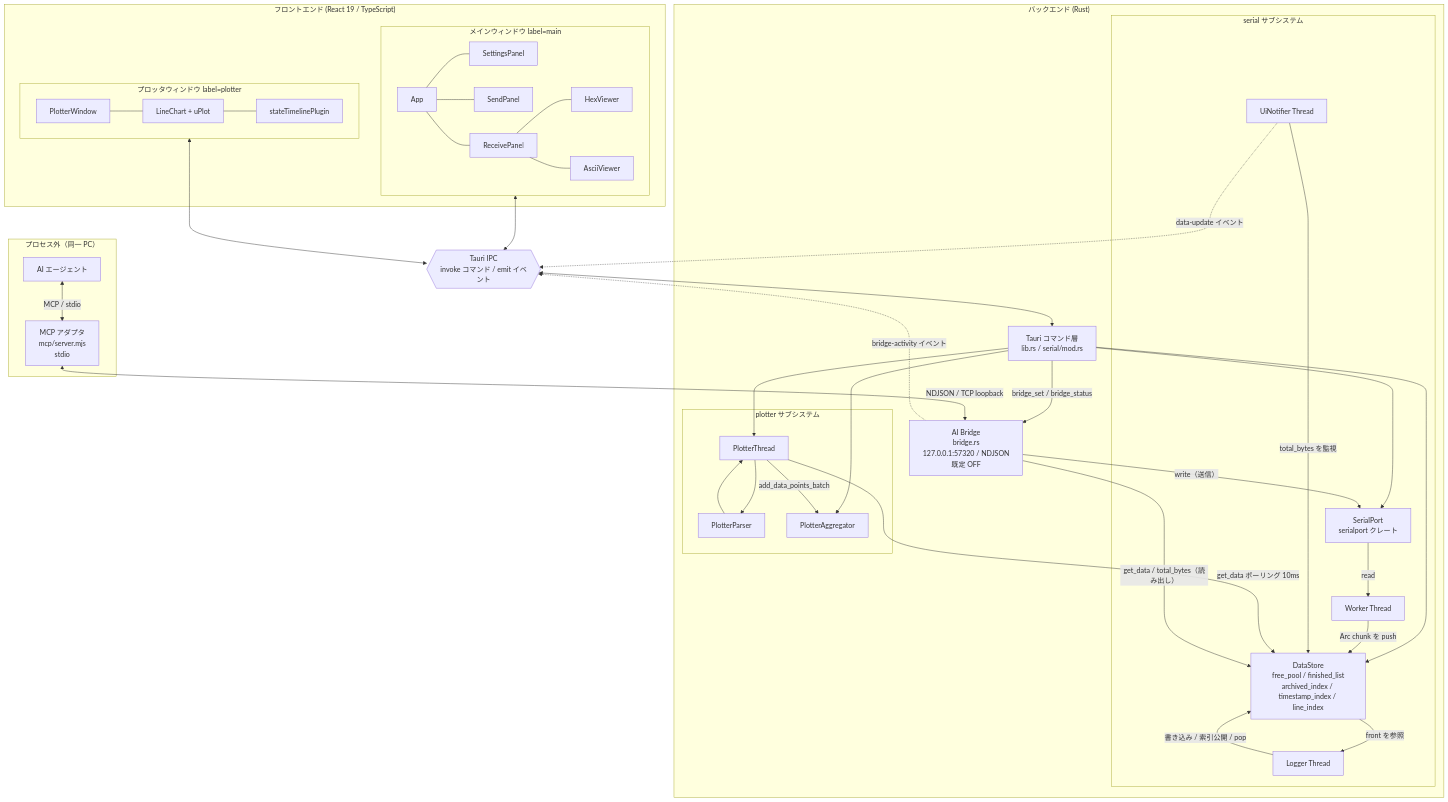
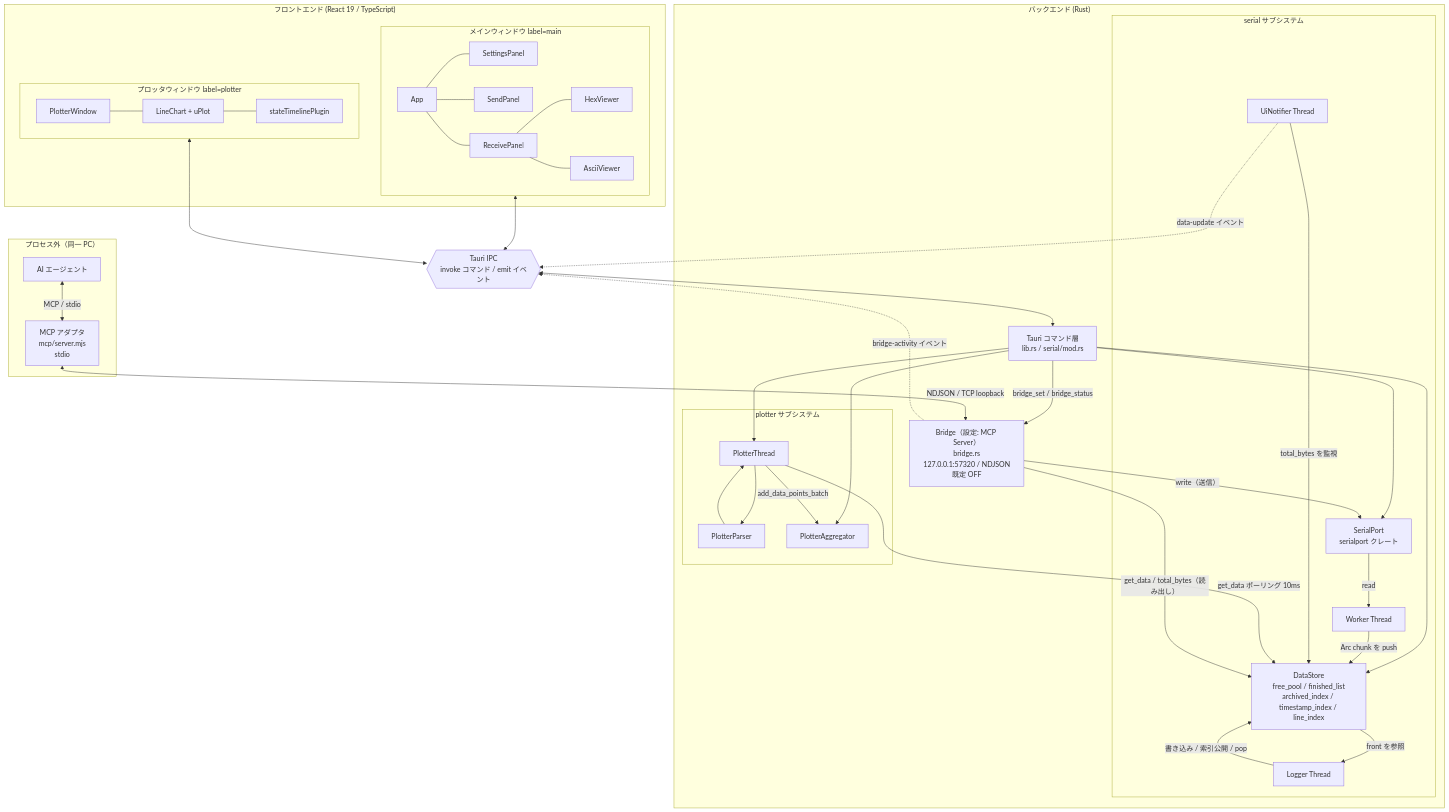
One commit to 771-8bit/SerialMonitorEssential changed the second of 12 diagrams in docs/22_architecture_description.md. Above: the diagram before and after it, drawn with Mermaid. The commit also changed other lines of this file and 74 other files, not shown here.

First line of the commit message:
feat: Auto Reconnect・表示名 MCP Server・英語表示・公開向け README・未確認事項リスト

````diff
--- a/docs/22_architecture_description.md
+++ b/docs/22_architecture_description.md
@@ -86,76 +86,76 @@
 ```mermaid
 flowchart TB
     subgraph front["フロントエンド (React 19 / TypeScript)"]
         subgraph mw["メインウィンドウ label=main"]
             APP_C["App"]
             SET["SettingsPanel"]
             SND["SendPanel"]
             RCV["ReceivePanel"]
             HEX["HexViewer"]
             ASC["AsciiViewer"]
         end
         subgraph pw["プロッタウィンドウ label=plotter"]
             PWIN["PlotterWindow"]
             LC["LineChart + uPlot"]
             STL["stateTimelinePlugin"]
         end
     end
 
     IPC{{"Tauri IPC<br/>invoke コマンド / emit イベント"}}
 
     subgraph back["バックエンド (Rust)"]
         CMD["Tauri コマンド層<br/>lib.rs / serial/mod.rs"]
         subgraph serialsub["serial サブシステム"]
             PORT["SerialPort<br/>serialport クレート"]
             STORE["DataStore<br/>free_pool / finished_list<br/>archived_index / timestamp_index / line_index"]
             WRK["Worker Thread"]
             LOG["Logger Thread"]
             NOTI["UiNotifier Thread"]
         end
         subgraph plotsub["plotter サブシステム"]
             PTH["PlotterThread"]
             PRS["PlotterParser"]
             AGG["PlotterAggregator"]
         end
-        BRG["AI Bridge<br/>bridge.rs<br/>127.0.0.1:57320 / NDJSON<br/>既定 OFF"]
+        BRG["Bridge（設定: MCP Server）<br/>bridge.rs<br/>127.0.0.1:57320 / NDJSON<br/>既定 OFF"]
     end
 
     subgraph extproc["プロセス外（同一 PC）"]
         MCP["MCP アダプタ<br/>mcp/server.mjs<br/>stdio"]
         AGENT["AI エージェント"]
     end
 
     APP_C --- SET
     APP_C --- SND
     APP_C --- RCV
     RCV --- HEX
     RCV --- ASC
     PWIN --- LC
     LC --- STL
 
     mw <--> IPC
     pw <--> IPC
     IPC <--> CMD
     CMD --> PORT
     CMD --> STORE
     CMD --> AGG
     CMD --> PTH
 
     PORT -->|"read"| WRK
     WRK -->|"Arc chunk を push"| STORE
     STORE -->|"front を参照"| LOG
     LOG -->|"書き込み / 索引公開 / pop"| STORE
     NOTI -->|"total_bytes を監視"| STORE
     NOTI -.->|"data-update イベント"| IPC
     PTH -->|"get_data ポーリング 10ms"| STORE
     PTH --> PRS
     PRS --> PTH
     PTH -->|"add_data_points_batch"| AGG
 
     CMD -->|"bridge_set / bridge_status"| BRG
     BRG -->|"get_data / total_bytes（読み出し）"| STORE
     BRG -->|"write（送信）"| PORT
     BRG -.->|"bridge-activity イベント"| IPC
     AGENT <-->|"MCP / stdio"| MCP
     MCP <-->|"NDJSON / TCP loopback"| BRG
 ```
````
